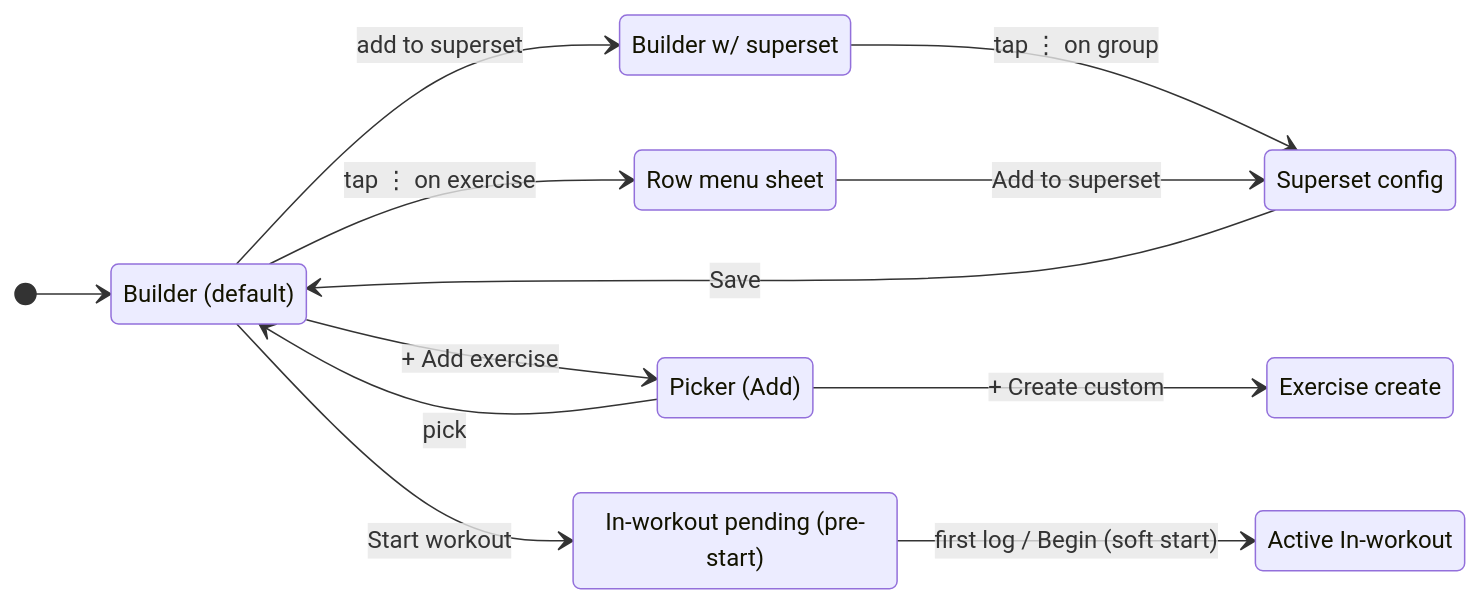
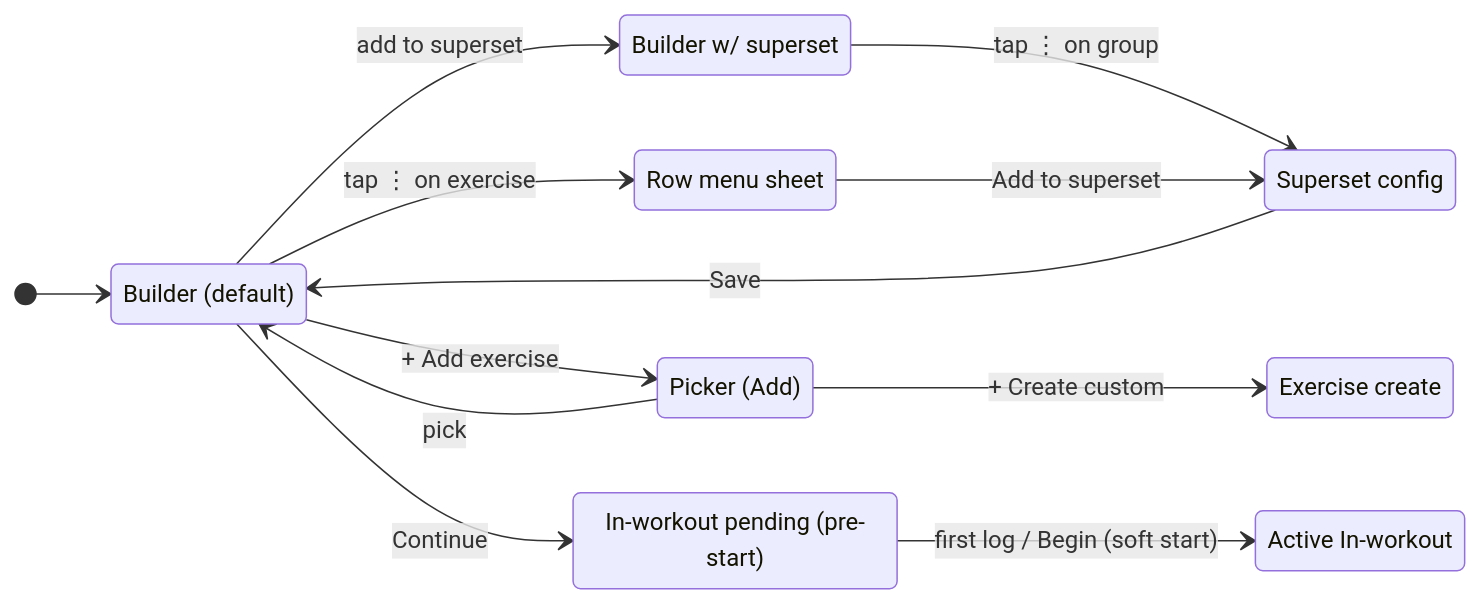
One commit to MaxKibets/kachka changed the third of 6 diagrams in docs/wireframes/flow.md. Above: the diagram before and after it, drawn with Mermaid. The commit also changed other lines of this file and 8 other files, not shown here.

First line of the commit message:
docs(builder): rename Builder CTA Start workout to Continue

````diff
--- a/docs/wireframes/flow.md
+++ b/docs/wireframes/flow.md
@@ -128,24 +128,24 @@
 ```mermaid
 stateDiagram-v2
     direction LR
     [*] --> Builder
     Builder --> BuilderSS: add to superset
     BuilderSS --> SupersetConfig: tap ⋮ on group
     Builder --> RowMenu: tap ⋮ on exercise
     RowMenu --> SupersetConfig: Add to superset
     Builder --> PickerAdd: + Add exercise
     PickerAdd --> Builder: pick
     PickerAdd --> ExerciseCreate: + Create custom
     SupersetConfig --> Builder: Save
-    Builder --> ActiveWorkoutPending: Start workout
+    Builder --> ActiveWorkoutPending: Continue
     ActiveWorkoutPending --> ActiveWorkout: first log / Begin (soft start)
 
     state "Builder (default)" as Builder
     state "Builder w/ superset" as BuilderSS
     state "Row menu sheet" as RowMenu
     state "Picker (Add)" as PickerAdd
     state "Superset config" as SupersetConfig
     state "Exercise create" as ExerciseCreate
     state "Active In-workout" as ActiveWorkout
     state "In-workout pending (pre-start)" as ActiveWorkoutPending
 ```
````
